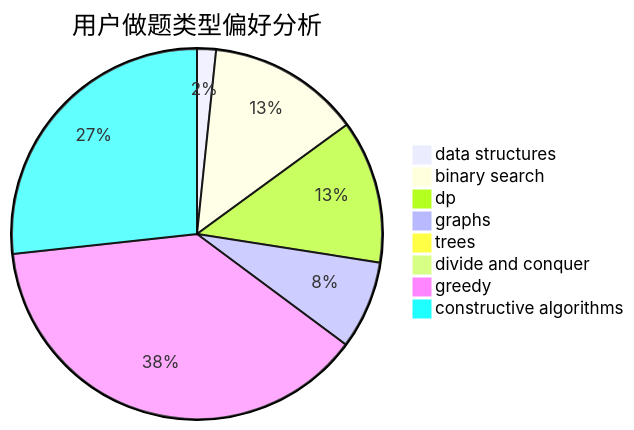
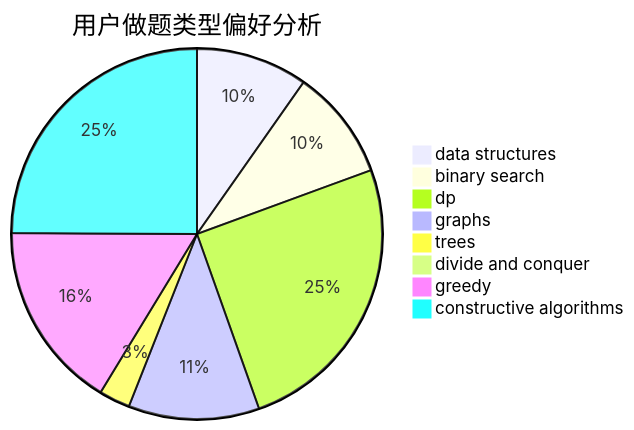
The second of 3 diagrams in docs/user/u1737.md (sherpahu/cfrs.github.io), drawn with Mermaid before and after one commit. The commit also changed other lines of this file and 2770 other files, not shown here.

````diff
--- a/docs/user/u1737.md
+++ b/docs/user/u1737.md
@@ -23,11 +23,11 @@
 ```mermaid
 pie title 用户做题类型偏好分析
-    "data structures" :  35
-    "binary search" :  282
-    "dp" :  265
-    "graphs" :  163
-    "trees" :  0
-    "divide and conquer" :  0
-    "greedy" :  807
-    "constructive algorithms" :  566
+    "data structures" :  122
+    "binary search" :  121
+    "dp" :  315
+    "graphs" :  143
+    "trees" :  34
+    "divide and conquer" :  3
+    "greedy" :  205
+    "constructive algorithms" :  312
 ```
````
